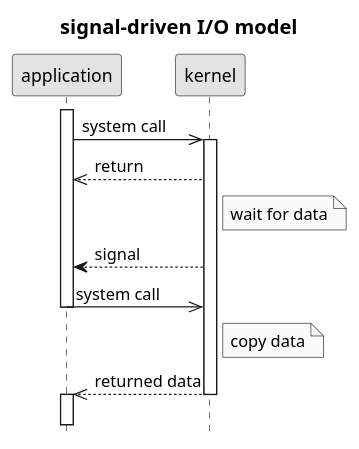
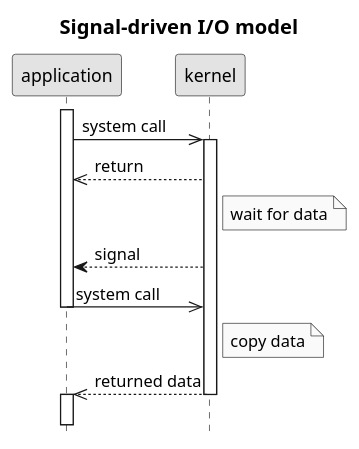
Before and after one commit to c0p4c4b4n4/demo-sockets-io-nio-nio2: the diagram in .images/signal-driven IO model.puml, drawn with PlantUML. The commit also changed 3 other files, not shown here.

```diff
--- a/.images/signal-driven IO model.puml
+++ b/.images/signal-driven IO model.puml
@@ -1,19 +1,19 @@
 @startuml
-title signal-driven I/O model
+title Signal-driven I/O model
 hide footbox
 skinparam monochrome true
 skinparam titleFontSize 16
 activate application
 application->>kernel: system call
 activate kernel
 kernel-->>application: return
 Note right of kernel: wait for data
 kernel-->application: signal
 application->>kernel: system call
 deactivate application
 Note right of kernel: copy data
 kernel-->>application: returned data
 deactivate kernel
 activate application
 ||15||
 @enduml
```
